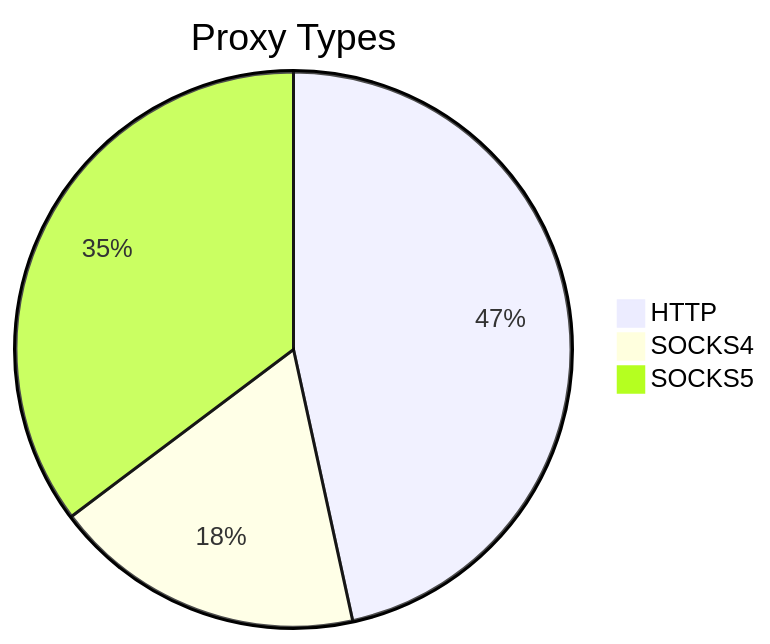
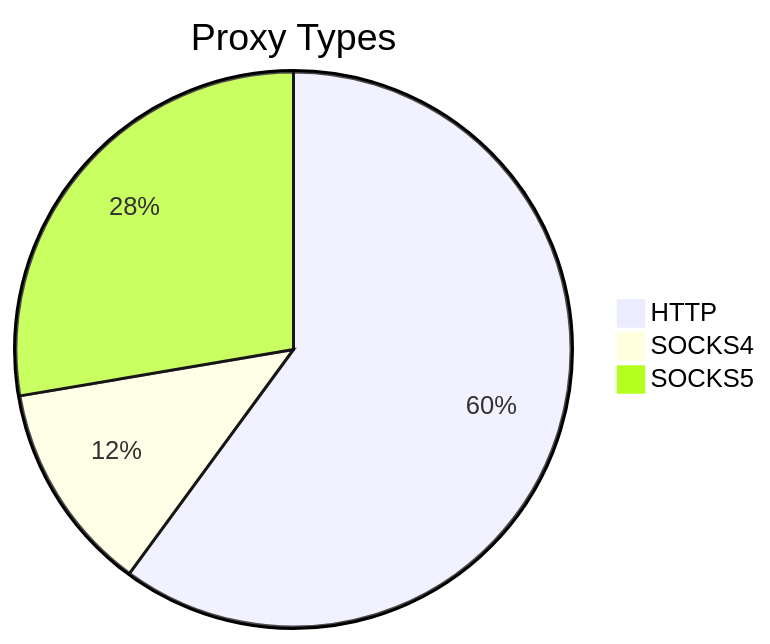
One commit to stormsia/proxy-list changed the first of 2 diagrams in README.md. Above: the diagram before and after it, drawn with Mermaid. The commit also changed other lines of this file, not shown here.

````diff
--- a/README.md
+++ b/README.md
@@ -21,6 +21,6 @@
 ```mermaid
 pie title Proxy Types
-    "HTTP" : 177
-    "SOCKS4" : 69
-    "SOCKS5" : 134
+    "HTTP" : 191
+    "SOCKS4" : 39
+    "SOCKS5" : 88
 ```
````
